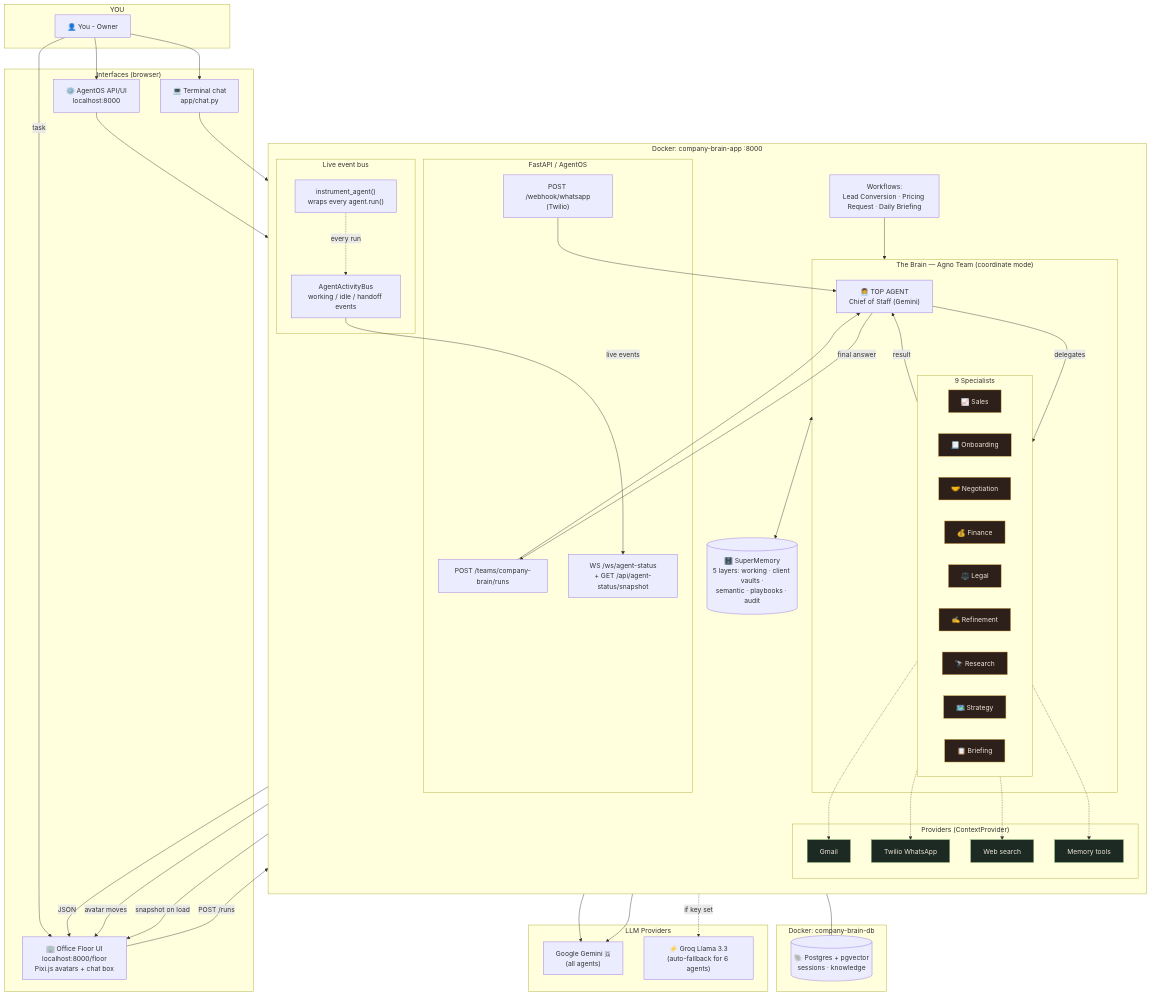
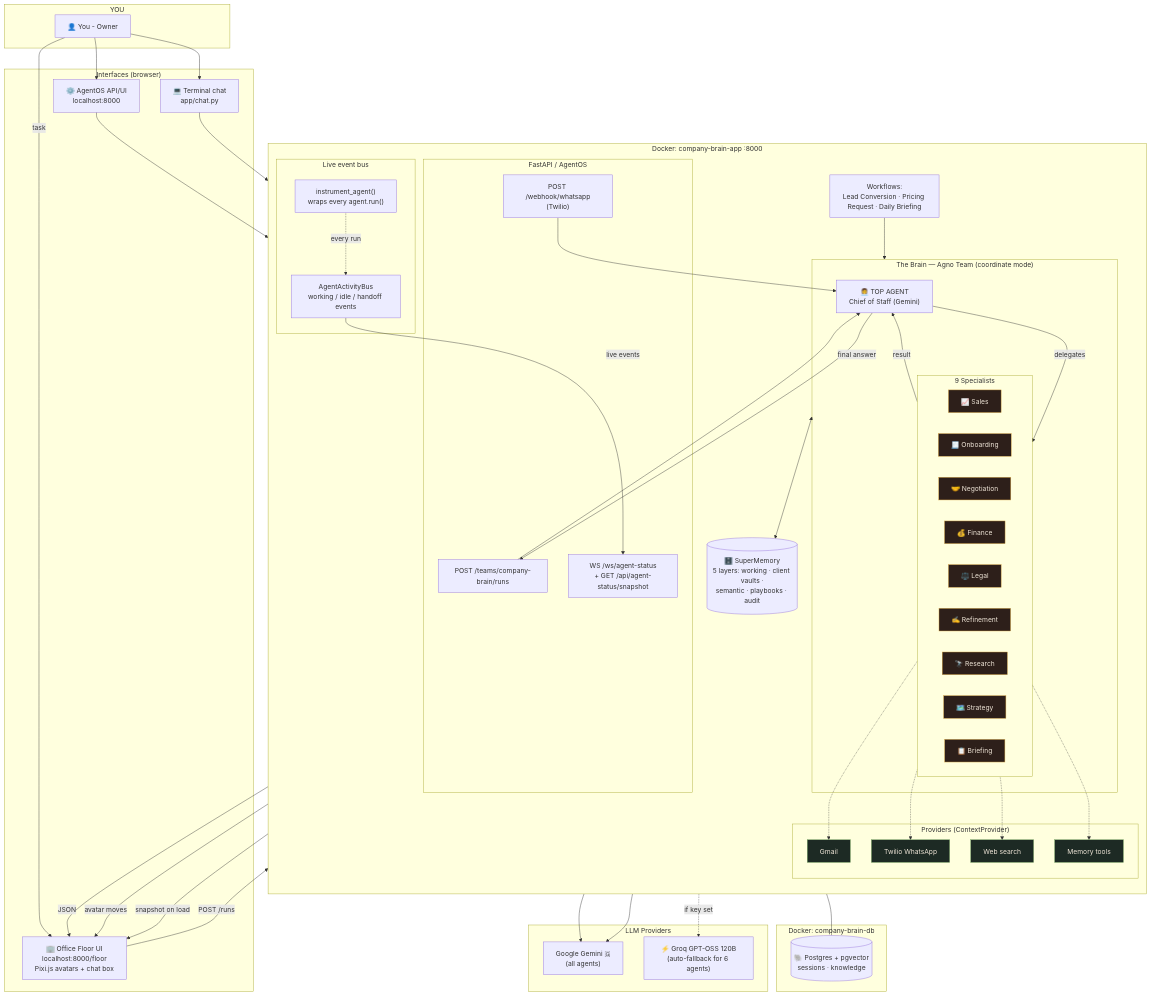
Before and after one commit to saiavinash77/company-brain: the diagram in README.md, drawn with Mermaid. The commit also changed other lines of this file and 9 other files, not shown here.

```diff
--- a/README.md
+++ b/README.md
@@ -107,7 +107,7 @@
 
     subgraph LLM["LLM Providers"]
         G["Google Gemini 🇬<br/>(all agents)"]
-        GR["⚡ Groq Llama 3.3<br/>(auto-fallback for 6 agents)"]
+        GR["⚡ Groq GPT-OSS 120B<br/>(auto-fallback for 6 agents)"]
     end
 
     U -->|"task"| FLOOR
```
